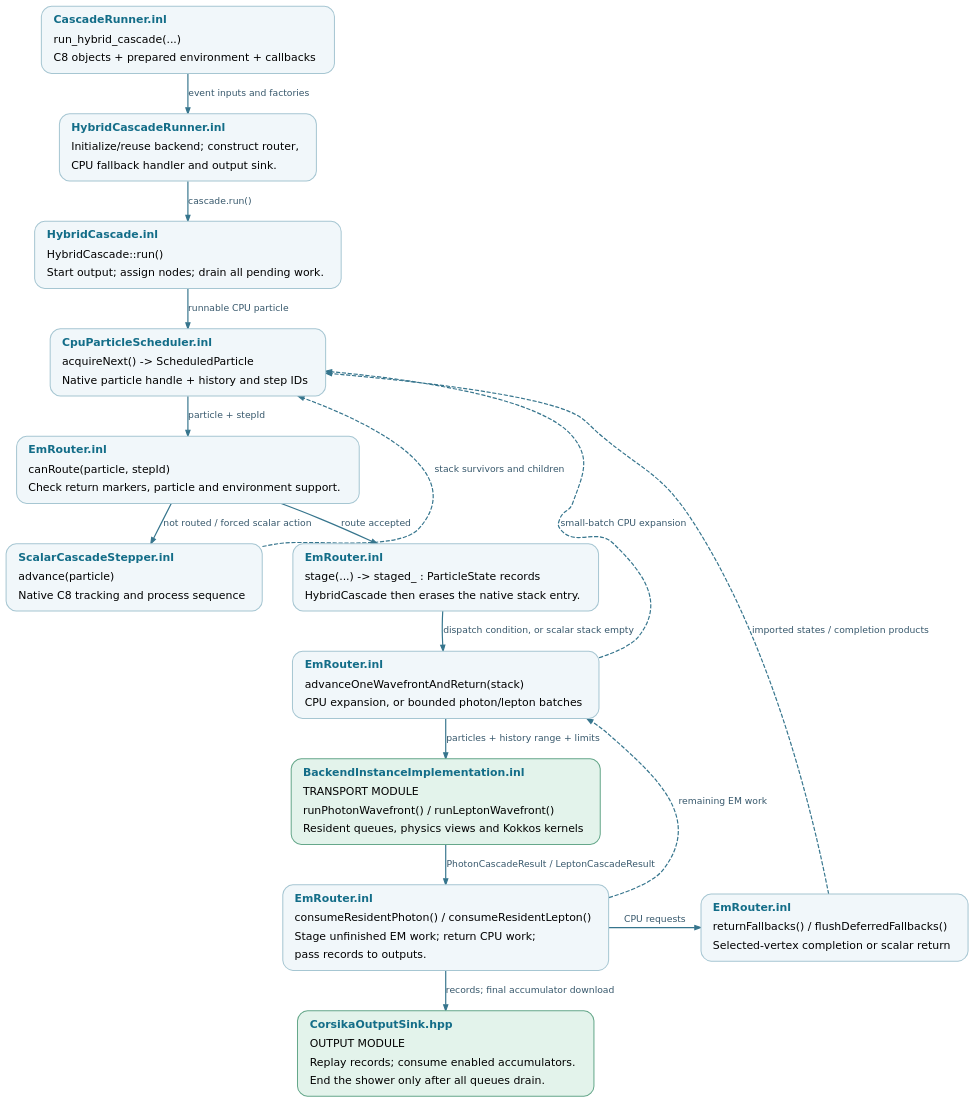
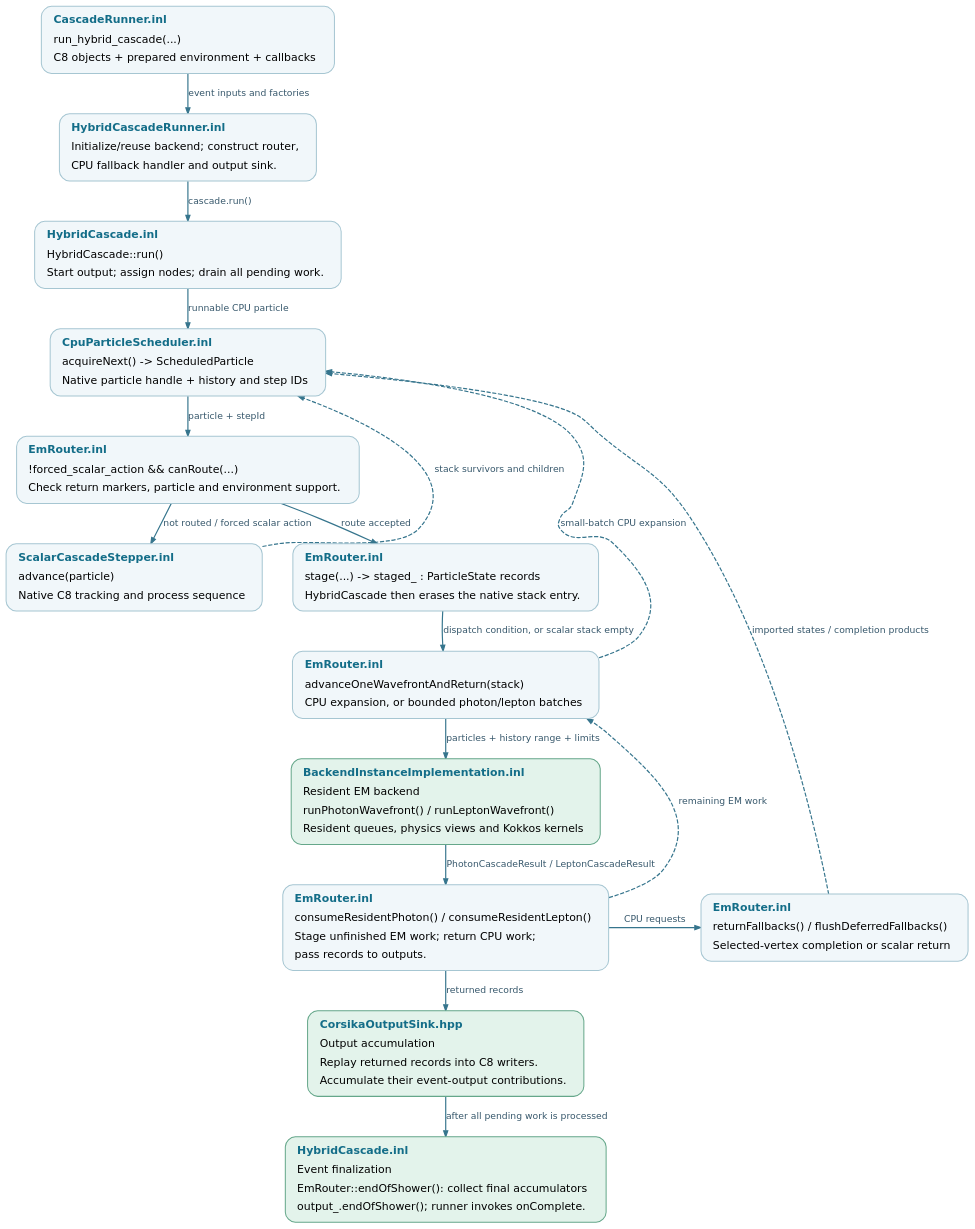
The diagram in _static/execution-data-flow.dot (BossL668/CORSIKA8-kokkos), drawn with Graphviz before and after one commit. The commit also changed 44 other files, not shown here.

```diff
--- a/_static/execution-data-flow.dot
+++ b/_static/execution-data-flow.dot
@@ -1,39 +1,41 @@
 // Regenerate: dot -Tsvg execution-data-flow.dot -o execution-data-flow.svg
 // Source baseline: d5297c43c041a22b43c65c322d9b51bc7ec8e397
 digraph Flow {
   graph [rankdir=TB, bgcolor="transparent", pad="0.2", nodesep="0.5",
          ranksep="0.5", splines=spline, outputorder=edgesfirst];
   node [shape=box, style="rounded,filled", color="#a6c6d2", fillcolor="#f1f7fa",
         fontname="DejaVu Sans", fontsize=13, margin="0.14,0.10", penwidth=1.2];
   edge [color="#36758d", fontcolor="#36576b", fontname="DejaVu Sans",
         fontsize=11, penwidth=1.4, arrowsize=0.7];
   entry [label=<<TABLE BORDER="0" CELLBORDER="0" CELLPADDING="4" CELLSPACING="0"><TR><TD ALIGN="LEFT" HREF="https://github.com/BossL668/CORSIKA8-kokkos/blob/d5297c43c041a22b43c65c322d9b51bc7ec8e397/corsika/detail/kokkos/application/cascade/CascadeRunner.inl#L233" TARGET="_blank"><FONT COLOR="#136d88"><B>CascadeRunner.inl</B></FONT></TD></TR><TR><TD ALIGN="LEFT">run_hybrid_cascade(...)</TD></TR><TR><TD ALIGN="LEFT">C8 objects + prepared environment + callbacks</TD></TR></TABLE>>];
   runner [label=<<TABLE BORDER="0" CELLBORDER="0" CELLPADDING="4" CELLSPACING="0"><TR><TD ALIGN="LEFT" HREF="https://github.com/BossL668/CORSIKA8-kokkos/blob/d5297c43c041a22b43c65c322d9b51bc7ec8e397/corsika/detail/kokkos/scheduling/HybridCascadeRunner.inl#L38" TARGET="_blank"><FONT COLOR="#136d88"><B>HybridCascadeRunner.inl</B></FONT></TD></TR><TR><TD ALIGN="LEFT">Initialize/reuse backend; construct router,</TD></TR><TR><TD ALIGN="LEFT">CPU fallback handler and output sink.</TD></TR></TABLE>>];
   loop [label=<<TABLE BORDER="0" CELLBORDER="0" CELLPADDING="4" CELLSPACING="0"><TR><TD ALIGN="LEFT" HREF="https://github.com/BossL668/CORSIKA8-kokkos/blob/d5297c43c041a22b43c65c322d9b51bc7ec8e397/corsika/detail/kokkos/scheduling/HybridCascade.inl#L55" TARGET="_blank"><FONT COLOR="#136d88"><B>HybridCascade.inl</B></FONT></TD></TR><TR><TD ALIGN="LEFT">HybridCascade::run()</TD></TR><TR><TD ALIGN="LEFT">Start output; assign nodes; drain all pending work.</TD></TR></TABLE>>];
   select [label=<<TABLE BORDER="0" CELLBORDER="0" CELLPADDING="4" CELLSPACING="0"><TR><TD ALIGN="LEFT" HREF="https://github.com/BossL668/CORSIKA8-kokkos/blob/d5297c43c041a22b43c65c322d9b51bc7ec8e397/corsika/detail/kokkos/scheduling/CpuParticleScheduler.inl#L27" TARGET="_blank"><FONT COLOR="#136d88"><B>CpuParticleScheduler.inl</B></FONT></TD></TR><TR><TD ALIGN="LEFT">acquireNext() -&gt; ScheduledParticle</TD></TR><TR><TD ALIGN="LEFT">Native particle handle + history and step IDs</TD></TR></TABLE>>];
-  route [label=<<TABLE BORDER="0" CELLBORDER="0" CELLPADDING="4" CELLSPACING="0"><TR><TD ALIGN="LEFT" HREF="https://github.com/BossL668/CORSIKA8-kokkos/blob/d5297c43c041a22b43c65c322d9b51bc7ec8e397/corsika/detail/kokkos/scheduling/EmRouter.inl#L64" TARGET="_blank"><FONT COLOR="#136d88"><B>EmRouter.inl</B></FONT></TD></TR><TR><TD ALIGN="LEFT">canRoute(particle, stepId)</TD></TR><TR><TD ALIGN="LEFT">Check return markers, particle and environment support.</TD></TR></TABLE>>];
+  route [label=<<TABLE BORDER="0" CELLBORDER="0" CELLPADDING="4" CELLSPACING="0"><TR><TD ALIGN="LEFT" HREF="https://github.com/BossL668/CORSIKA8-kokkos/blob/d5297c43c041a22b43c65c322d9b51bc7ec8e397/corsika/detail/kokkos/scheduling/EmRouter.inl#L64" TARGET="_blank"><FONT COLOR="#136d88"><B>EmRouter.inl</B></FONT></TD></TR><TR><TD ALIGN="LEFT">!forced_scalar_action &amp;&amp; canRoute(...)</TD></TR><TR><TD ALIGN="LEFT">Check return markers, particle and environment support.</TD></TR></TABLE>>];
   scalar [label=<<TABLE BORDER="0" CELLBORDER="0" CELLPADDING="4" CELLSPACING="0"><TR><TD ALIGN="LEFT" HREF="https://github.com/BossL668/CORSIKA8-kokkos/blob/d5297c43c041a22b43c65c322d9b51bc7ec8e397/corsika/detail/kokkos/scheduling/ScalarCascadeStepper.inl#L61" TARGET="_blank"><FONT COLOR="#136d88"><B>ScalarCascadeStepper.inl</B></FONT></TD></TR><TR><TD ALIGN="LEFT">advance(particle)</TD></TR><TR><TD ALIGN="LEFT">Native C8 tracking and process sequence</TD></TR></TABLE>>];
   staged [label=<<TABLE BORDER="0" CELLBORDER="0" CELLPADDING="4" CELLSPACING="0"><TR><TD ALIGN="LEFT" HREF="https://github.com/BossL668/CORSIKA8-kokkos/blob/d5297c43c041a22b43c65c322d9b51bc7ec8e397/corsika/detail/kokkos/scheduling/EmRouter.inl#L115" TARGET="_blank"><FONT COLOR="#136d88"><B>EmRouter.inl</B></FONT></TD></TR><TR><TD ALIGN="LEFT">stage(...) -&gt; staged_ : ParticleState records</TD></TR><TR><TD ALIGN="LEFT">HybridCascade then erases the native stack entry.</TD></TR></TABLE>>];
   advance [label=<<TABLE BORDER="0" CELLBORDER="0" CELLPADDING="4" CELLSPACING="0"><TR><TD ALIGN="LEFT" HREF="https://github.com/BossL668/CORSIKA8-kokkos/blob/d5297c43c041a22b43c65c322d9b51bc7ec8e397/corsika/detail/kokkos/scheduling/EmRouter.inl#L246" TARGET="_blank"><FONT COLOR="#136d88"><B>EmRouter.inl</B></FONT></TD></TR><TR><TD ALIGN="LEFT">advanceOneWavefrontAndReturn(stack)</TD></TR><TR><TD ALIGN="LEFT">CPU expansion, or bounded photon/lepton batches</TD></TR></TABLE>>];
-  backend [fillcolor="#e3f3eb", color="#65a78a", label=<<TABLE BORDER="0" CELLBORDER="0" CELLPADDING="4" CELLSPACING="0"><TR><TD ALIGN="LEFT" HREF="https://github.com/BossL668/CORSIKA8-kokkos/blob/d5297c43c041a22b43c65c322d9b51bc7ec8e397/corsika/detail/kokkos/em/execution/BackendInstanceImplementation.inl#L975" TARGET="_blank"><FONT COLOR="#136d88"><B>BackendInstanceImplementation.inl</B></FONT></TD></TR><TR><TD ALIGN="LEFT">TRANSPORT MODULE</TD></TR><TR><TD ALIGN="LEFT">runPhotonWavefront() / runLeptonWavefront()</TD></TR><TR><TD ALIGN="LEFT">Resident queues, physics views and Kokkos kernels</TD></TR></TABLE>>];
+  backend [fillcolor="#e3f3eb", color="#65a78a", label=<<TABLE BORDER="0" CELLBORDER="0" CELLPADDING="4" CELLSPACING="0"><TR><TD ALIGN="LEFT" HREF="https://github.com/BossL668/CORSIKA8-kokkos/blob/d5297c43c041a22b43c65c322d9b51bc7ec8e397/corsika/detail/kokkos/em/execution/BackendInstanceImplementation.inl#L975" TARGET="_blank"><FONT COLOR="#136d88"><B>BackendInstanceImplementation.inl</B></FONT></TD></TR><TR><TD ALIGN="LEFT">Resident EM backend</TD></TR><TR><TD ALIGN="LEFT">runPhotonWavefront() / runLeptonWavefront()</TD></TR><TR><TD ALIGN="LEFT">Resident queues, physics views and Kokkos kernels</TD></TR></TABLE>>];
   results [label=<<TABLE BORDER="0" CELLBORDER="0" CELLPADDING="4" CELLSPACING="0"><TR><TD ALIGN="LEFT" HREF="https://github.com/BossL668/CORSIKA8-kokkos/blob/d5297c43c041a22b43c65c322d9b51bc7ec8e397/corsika/detail/kokkos/scheduling/EmRouter.inl#L497" TARGET="_blank"><FONT COLOR="#136d88"><B>EmRouter.inl</B></FONT></TD></TR><TR><TD ALIGN="LEFT">consumeResidentPhoton() / consumeResidentLepton()</TD></TR><TR><TD ALIGN="LEFT">Stage unfinished EM work; return CPU work;</TD></TR><TR><TD ALIGN="LEFT">pass records to outputs.</TD></TR></TABLE>>];
   fallback [label=<<TABLE BORDER="0" CELLBORDER="0" CELLPADDING="4" CELLSPACING="0"><TR><TD ALIGN="LEFT" HREF="https://github.com/BossL668/CORSIKA8-kokkos/blob/d5297c43c041a22b43c65c322d9b51bc7ec8e397/corsika/detail/kokkos/scheduling/EmRouter.inl#L709" TARGET="_blank"><FONT COLOR="#136d88"><B>EmRouter.inl</B></FONT></TD></TR><TR><TD ALIGN="LEFT">returnFallbacks() / flushDeferredFallbacks()</TD></TR><TR><TD ALIGN="LEFT">Selected-vertex completion or scalar return</TD></TR></TABLE>>];
-  output [fillcolor="#e3f3eb", color="#65a78a", label=<<TABLE BORDER="0" CELLBORDER="0" CELLPADDING="4" CELLSPACING="0"><TR><TD ALIGN="LEFT" HREF="https://github.com/BossL668/CORSIKA8-kokkos/blob/d5297c43c041a22b43c65c322d9b51bc7ec8e397/corsika/kokkos/output/CorsikaOutputSink.hpp" TARGET="_blank"><FONT COLOR="#136d88"><B>CorsikaOutputSink.hpp</B></FONT></TD></TR><TR><TD ALIGN="LEFT">OUTPUT MODULE</TD></TR><TR><TD ALIGN="LEFT">Replay records; consume enabled accumulators.</TD></TR><TR><TD ALIGN="LEFT">End the shower only after all queues drain.</TD></TR></TABLE>>];
+  output [fillcolor="#e3f3eb", color="#65a78a", label=<<TABLE BORDER="0" CELLBORDER="0" CELLPADDING="4" CELLSPACING="0"><TR><TD ALIGN="LEFT" HREF="https://github.com/BossL668/CORSIKA8-kokkos/blob/d5297c43c041a22b43c65c322d9b51bc7ec8e397/corsika/kokkos/output/CorsikaOutputSink.hpp" TARGET="_blank"><FONT COLOR="#136d88"><B>CorsikaOutputSink.hpp</B></FONT></TD></TR><TR><TD ALIGN="LEFT">Output accumulation</TD></TR><TR><TD ALIGN="LEFT">Replay returned records into C8 writers.</TD></TR><TR><TD ALIGN="LEFT">Accumulate their event-output contributions.</TD></TR></TABLE>>];
+  finish [fillcolor="#e3f3eb", color="#65a78a", label=<<TABLE BORDER="0" CELLBORDER="0" CELLPADDING="4" CELLSPACING="0"><TR><TD ALIGN="LEFT" HREF="https://github.com/BossL668/CORSIKA8-kokkos/blob/d5297c43c041a22b43c65c322d9b51bc7ec8e397/corsika/detail/kokkos/scheduling/HybridCascade.inl#L306" TARGET="_blank"><FONT COLOR="#136d88"><B>HybridCascade.inl</B></FONT></TD></TR><TR><TD ALIGN="LEFT">Event finalization</TD></TR><TR><TD ALIGN="LEFT">EmRouter::endOfShower(): collect final accumulators</TD></TR><TR><TD ALIGN="LEFT">output_.endOfShower(); runner invokes onComplete.</TD></TR></TABLE>>];
   entry -> runner [label="event inputs and factories"];
   runner -> loop [label="cascade.run()"];
   loop -> select [label="runnable CPU particle"];
   select -> route [label="particle + stepId"];
   { rank=same; scalar; staged; }
   route -> scalar [label="not routed / forced scalar action"];
   route -> staged [label="route accepted"];
   scalar -> select [style=dashed, label="stack survivors and children", constraint=false];
   staged -> advance [label="dispatch condition, or scalar stack empty"];
   advance -> select [style=dashed, label="small-batch CPU expansion", constraint=false];
   advance -> backend [label="particles + history range + limits"];
   backend -> results [label="PhotonCascadeResult / LeptonCascadeResult"];
   { rank=same; results; fallback; }
   results -> fallback [label="CPU requests", constraint=false];
   fallback -> select [style=dashed, label="imported states / completion products", constraint=false];
   results -> advance [style=dashed, label="remaining EM work", constraint=false];
-  results -> output [label="records; final accumulator download"];
+  results -> output [label="returned records"];
+  output -> finish [label="after all pending work is processed"];
 }
```
